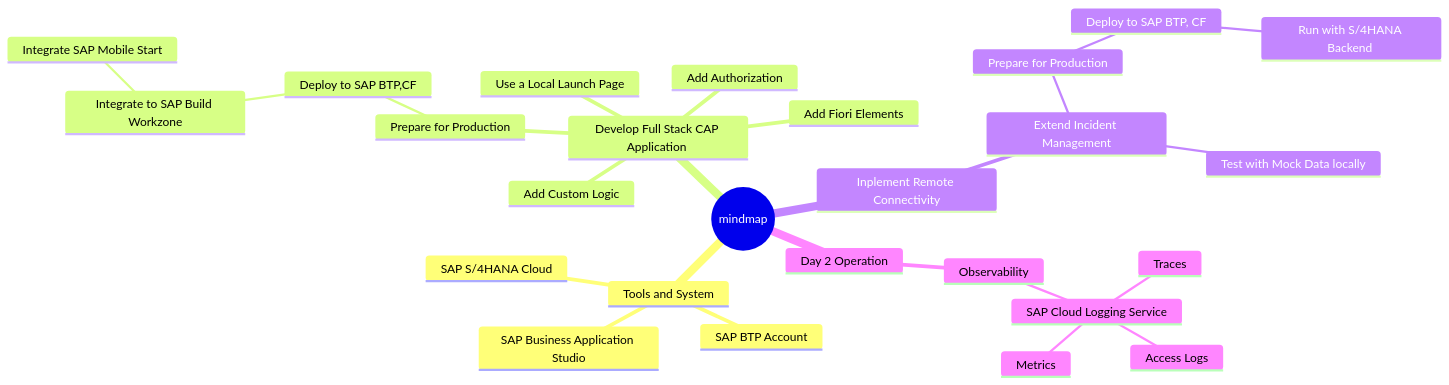
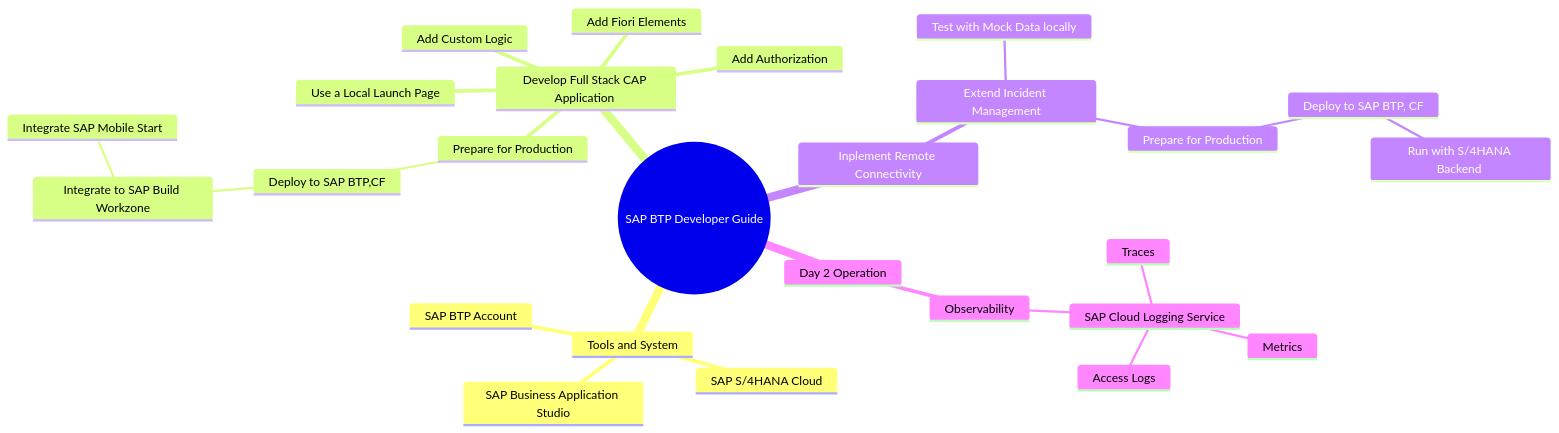
Before and after one commit to ejazsyed/validation-issue: the first of 4 diagrams in README.md, drawn with Mermaid.

````diff
--- a/README.md
+++ b/README.md
@@ -7,31 +7,31 @@
 ```mermaid
    mindmap
-  root((mindmap))
+  root((SAP BTP Developer Guide))
     Tools and System
       SAP Business Application Studio
       SAP S/4HANA Cloud
       SAP BTP Account
     Develop Full Stack CAP Application 
       Add Custom Logic
       Add Fiori Elements
       Use a Local Launch Page
       Add Authorization
       Prepare for Production
         Deploy to SAP BTP,CF
           Integrate to SAP Build Workzone
             Integrate SAP Mobile Start
     Inplement Remote Connectivity
       Extend Incident Management
         Test with Mock Data locally
         Prepare for Production
           Deploy to SAP BTP, CF
             Run with S/4HANA Backend 
     Day 2 Operation
       Observability
         SAP Cloud Logging Service
           Access Logs
           Metrics
           Traces
 
 
 ```
````
